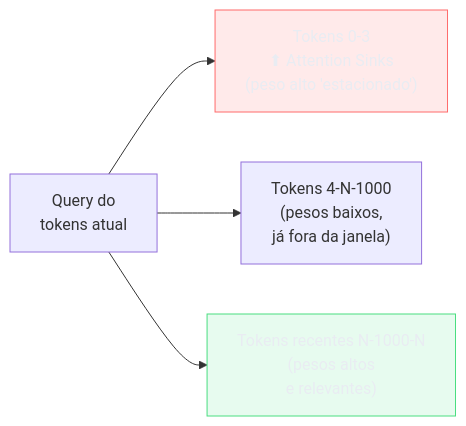
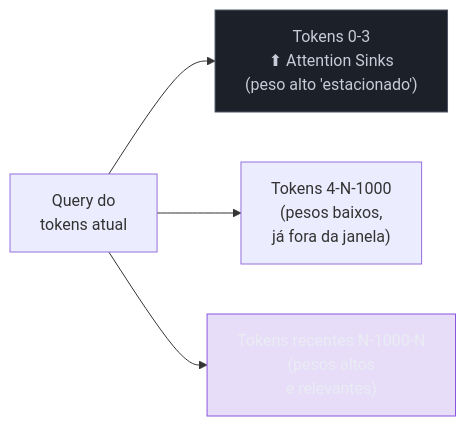
One commit to josenaldo/codex-technomanticus changed the first of 5 diagrams in 03-Dominios/Tecnologia/IA/Anatomia dos LLMs/04c - Atenção eficiente — FlashAttention, sparse e híbrida.md. Above: the diagram before and after it, drawn with Mermaid. The commit also changed other lines of this file and 601 other files, not shown here.

````diff
--- a/03-Dominios/Tecnologia/IA/Anatomia dos LLMs/04c - Atenção eficiente — FlashAttention, sparse e híbrida.md
+++ b/03-Dominios/Tecnologia/IA/Anatomia dos LLMs/04c - Atenção eficiente — FlashAttention, sparse e híbrida.md
@@ -53,10 +53,10 @@
 ```mermaid
 graph LR
-    classDef falha fill:#FF6B6B24,stroke:#FF6B6B,color:#E9ECF2
-    classDef ok fill:#4ADE8021,stroke:#4ADE80,color:#E9ECF2
+    classDef marca fill:#8855DF33,stroke:#8855DF,color:#E9ECF2
+    classDef neutro fill:#1B2029,stroke:#4E5666,color:#C6CCD8
     Q["Query do\ntokens atual"] --> T0["Tokens 0-3\n⬆ Attention Sinks\n(peso alto 'estacionado')"]
     Q --> TM["Tokens 4-N-1000\n(pesos baixos,\njá fora da janela)"]
     Q --> TR["Tokens recentes N-1000-N\n(pesos altos\ne relevantes)"]
-    class T0 falha
-    class TR ok
+    class T0 neutro
+    class TR marca
 ```
````
